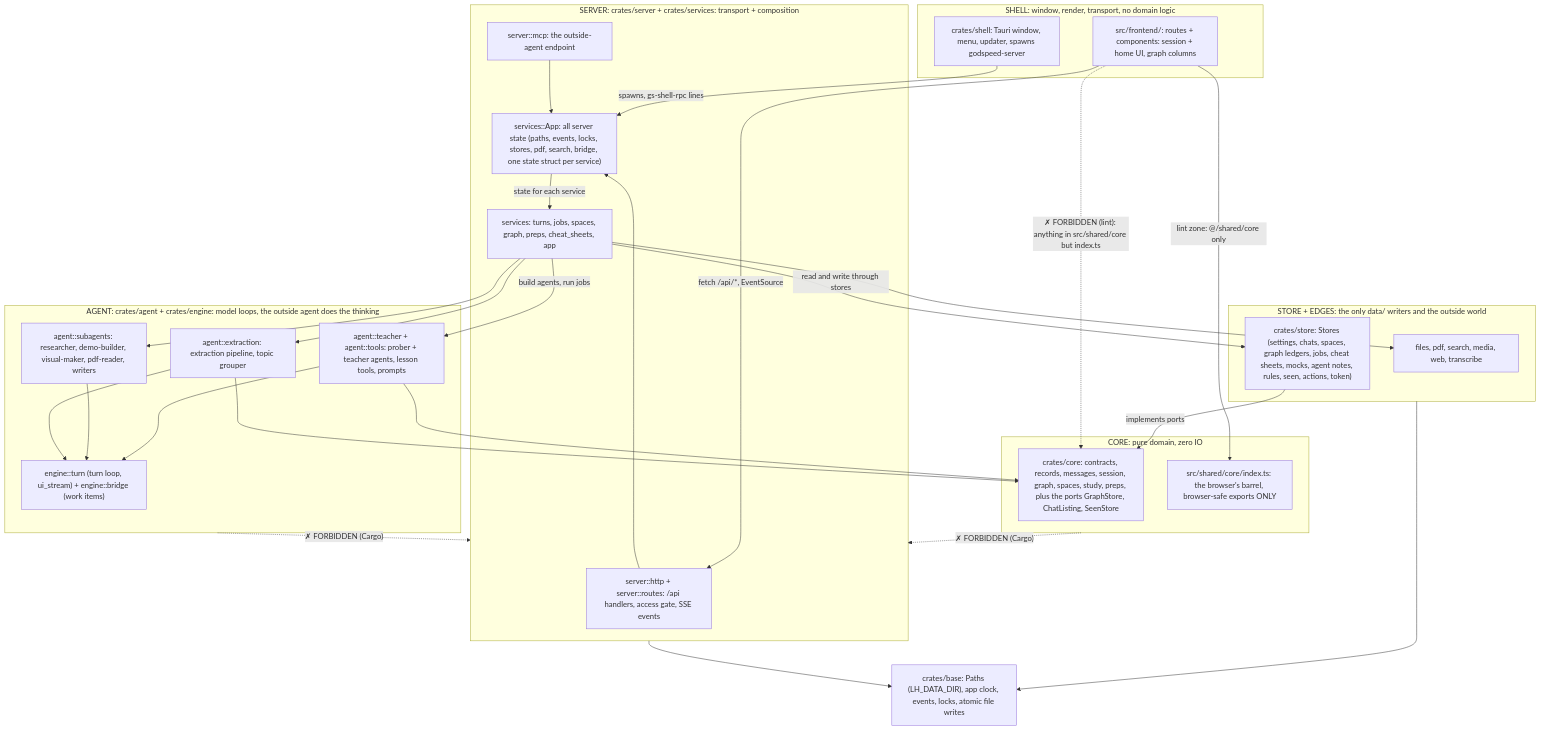
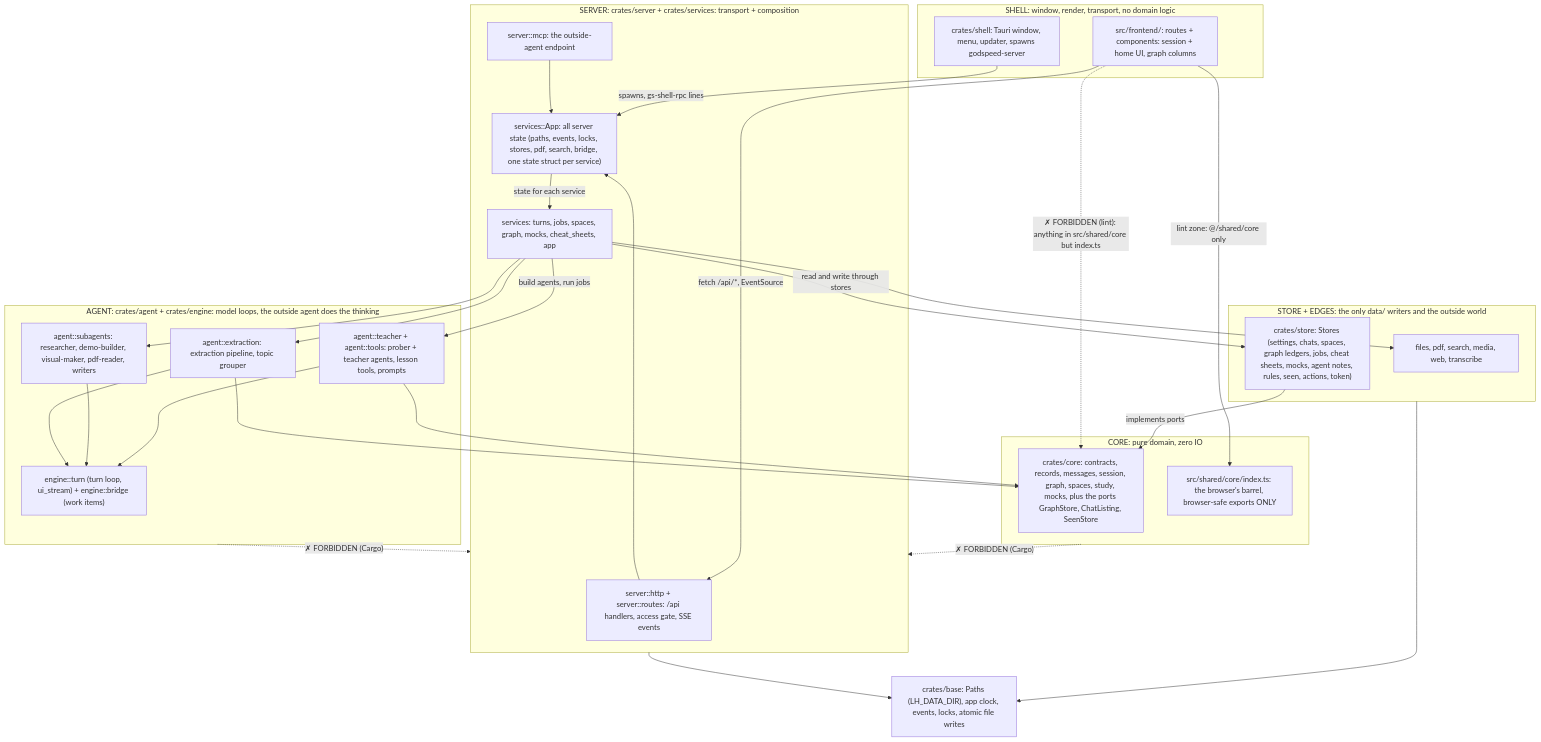
Before and after one commit to bayshores/godspeed: the first of 7 diagrams in docs/architecture.md, drawn with Mermaid. The commit also changed other lines of this file and 58 other files, not shown here.

````diff
--- a/docs/architecture.md
+++ b/docs/architecture.md
@@ -85,57 +85,57 @@
 ```mermaid
 flowchart TB
     subgraph SHELL["SHELL: window, render, transport, no domain logic"]
         TAURI["crates/shell: Tauri window, menu, updater, spawns godspeed-server"]
         COMP["src/frontend/: routes + components: session + home UI, graph columns"]
     end
 
     subgraph SERVER["SERVER: crates/server + crates/services: transport + composition"]
         HTTP["server::http + server::routes: /api handlers, access gate, SSE events"]
         MCPE["server::mcp: the outside-agent endpoint"]
         APP["services::App: all server state (paths, events, locks, stores, pdf, search, bridge, one state struct per service)"]
-        SERVICES["services: turns, jobs, spaces, graph, preps, cheat_sheets, app"]
+        SERVICES["services: turns, jobs, spaces, graph, mocks, cheat_sheets, app"]
     end
 
     subgraph AGENT["AGENT: crates/agent + crates/engine: model loops, the outside agent does the thinking"]
         TEACH["agent::teacher + agent::tools: prober + teacher agents, lesson tools, prompts"]
         SUBS["agent::subagents: researcher, demo-builder, visual-maker, pdf-reader, writers"]
         PIPE["agent::extraction: extraction pipeline, topic grouper"]
         ENG["engine::turn (turn loop, ui_stream) + engine::bridge (work items)"]
     end
 
     subgraph CORE["CORE: pure domain, zero IO"]
-        RCORE["crates/core: contracts, records, messages, session, graph, spaces, study, preps, plus the ports GraphStore, ChatListing, SeenStore"]
+        RCORE["crates/core: contracts, records, messages, session, graph, spaces, study, mocks, plus the ports GraphStore, ChatListing, SeenStore"]
         CBAR["src/shared/core/index.ts: the browser's barrel, browser-safe exports ONLY"]
     end
 
     subgraph STORE["STORE + EDGES: the only data/ writers and the outside world"]
         ADP["crates/store: Stores (settings, chats, spaces, graph ledgers, jobs, cheat sheets, mocks, agent notes, rules, seen, actions, token)"]
         OUTC["files, pdf, search, media, web, transcribe"]
     end
 
     CFG["crates/base: Paths (LH_DATA_DIR), app clock, events, locks, atomic file writes"]
 
     COMP -->|"lint zone: @/shared/core only"| CBAR
     COMP -->|"fetch /api/*, EventSource"| HTTP
     TAURI -->|"spawns, gs-shell-rpc lines"| APP
     HTTP --> APP
     MCPE --> APP
     APP -->|"state for each service"| SERVICES
     SERVICES -->|"read and write through stores"| ADP
     SERVICES -->|"build agents, run jobs"| TEACH
     SERVICES --> SUBS
     SERVICES --> PIPE
     SERVICES --> OUTC
     TEACH --> ENG
     SUBS --> ENG
     PIPE --> ENG
     TEACH --> RCORE
     PIPE --> RCORE
     ADP -->|"implements ports"| RCORE
     STORE --> CFG
     SERVER --> CFG
 
     CORE -.->|"✗ FORBIDDEN (Cargo)"| SERVER
     AGENT -.->|"✗ FORBIDDEN (Cargo)"| SERVER
     COMP -.->|"✗ FORBIDDEN (lint): anything in src/shared/core but index.ts"| RCORE
 ```
````
